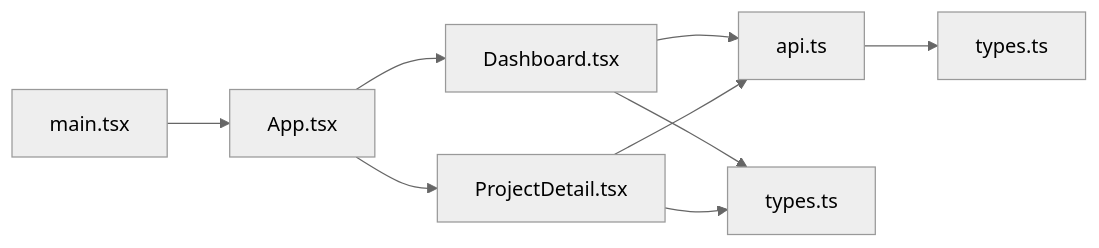
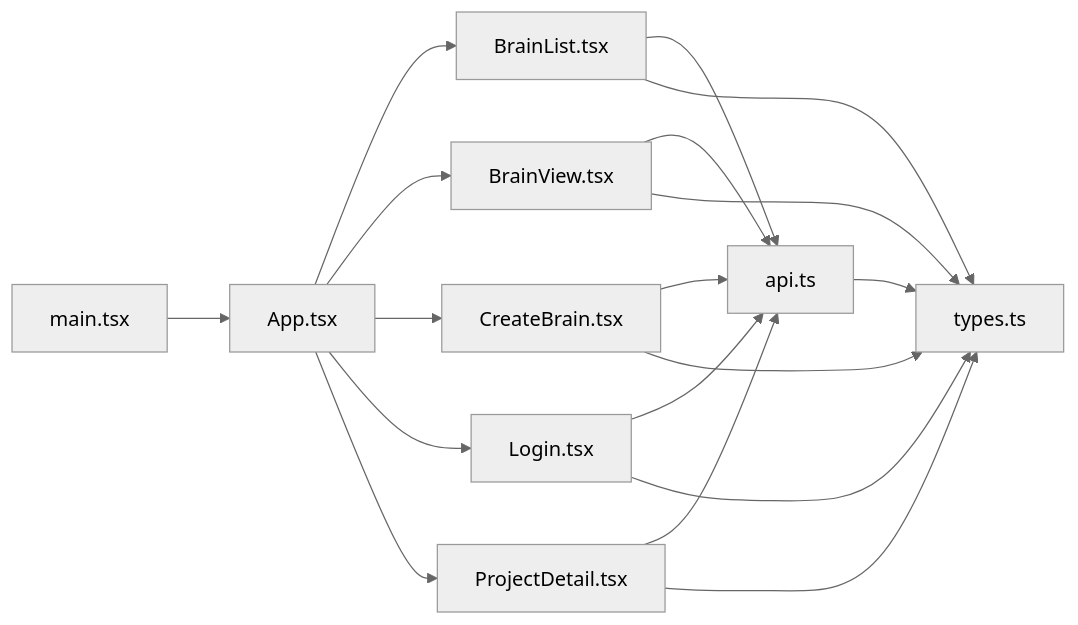
Diagram 22 of 22 in .qoder/repowiki/zh/content/前端应用/前端应用.md (GDY-ai/ainstein), drawn with Mermaid (neutral theme) before and after one commit. The commit also changed other lines of this file and 61 other files, not shown here.

Commit message:
fix: 修复前端路由 — BrainList/CreateBrain 导航到 /brain/:id 而非 /project/:id

````diff
--- a/.qoder/repowiki/zh/content/前端应用/前端应用.md
+++ b/.qoder/repowiki/zh/content/前端应用/前端应用.md
@@ -541,11 +834,20 @@
 ```mermaid
 graph LR
 A[main.tsx] --> B[App.tsx]
-B --> C[Dashboard.tsx]
-B --> D[ProjectDetail.tsx]
-C --> E[api.ts]
-D --> E
-C --> F[types.ts]
-D --> F
-E --> G[types.ts]
+B --> C[BrainList.tsx]
+B --> D[BrainView.tsx]
+B --> E[CreateBrain.tsx]
+B --> F[Login.tsx]
+B --> G[ProjectDetail.tsx]
+C --> H[api.ts]
+D --> H
+E --> H
+F --> H
+G --> H
+C --> I[types.ts]
+D --> I
+E --> I
+F --> I
+G --> I
+H --> I
 ```
````
